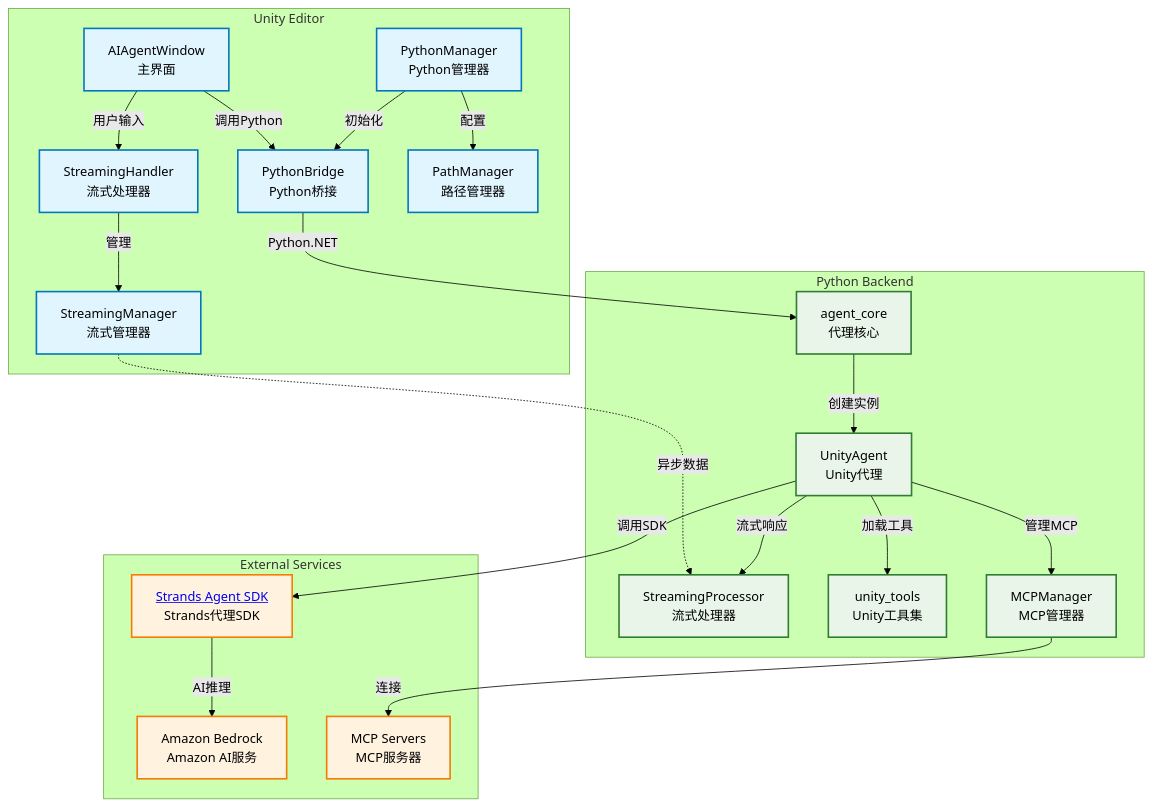
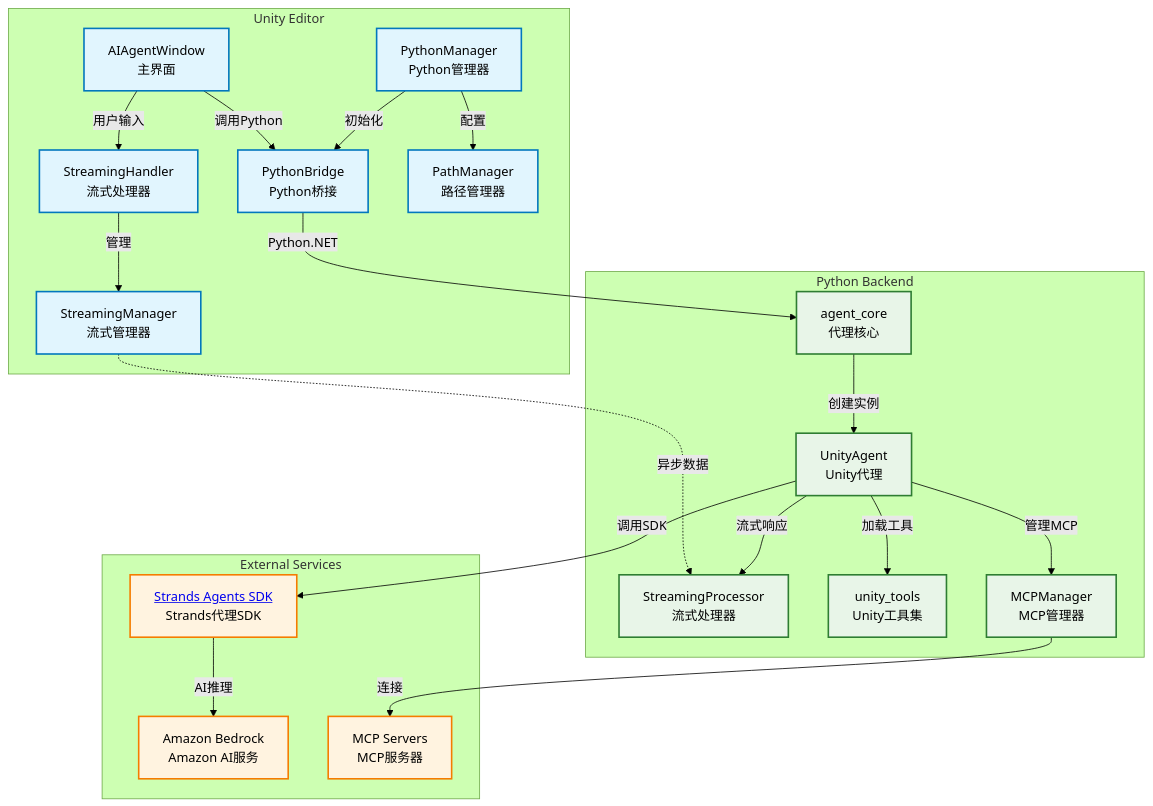
Before and after one commit to ddpie/unity-strands-agent: the first of 2 diagrams in README.md, drawn with Mermaid (forest theme). The commit also changed other lines of this file, not shown here.

First line of the commit message:
update Strands Agent SDK to Strands Agents SDK throughout README

````diff
--- a/README.md
+++ b/README.md
@@ -15,48 +15,48 @@
 ```mermaid
 graph TD
     subgraph "Unity Editor"
         UI[AIAgentWindow<br/>主界面]
         SH[StreamingHandler<br/>流式处理器]
         SM[StreamingManager<br/>流式管理器]
         PB[PythonBridge<br/>Python桥接]
         PM[PythonManager<br/>Python管理器]
         PATH[PathManager<br/>路径管理器]
     end
     
     subgraph "Python Backend"
         AC[agent_core<br/>代理核心]
         UA[UnityAgent<br/>Unity代理]
         SP[StreamingProcessor<br/>流式处理器]
         UT[unity_tools<br/>Unity工具集]
         MM[MCPManager<br/>MCP管理器]
     end
     
     subgraph "External Services"
-        SDK[<a href="https://strandsagents.com/latest/">Strands Agent SDK</a><br/>Strands代理SDK]
+        SDK[<a href="https://strandsagents.com/latest/">Strands Agents SDK</a><br/>Strands代理SDK]
         AWS[Amazon Bedrock<br/>Amazon AI服务]
         MCP[MCP Servers<br/>MCP服务器]
     end
     
     UI -->|用户输入| SH
     UI -->|调用Python| PB
     SH -->|管理| SM
     SM -.->|异步数据| SP
     PM -->|初始化| PB
     PM -->|配置| PATH
     PB -->|Python.NET| AC
     AC -->|创建实例| UA
     UA -->|流式响应| SP
     UA -->|加载工具| UT
     UA -->|管理MCP| MM
     UA -->|调用SDK| SDK
     SDK -->|AI推理| AWS
     MM -->|连接| MCP
     
     classDef unityStyle fill:#e1f5fe,stroke:#0277bd,stroke-width:2px,color:#000
     classDef pythonStyle fill:#e8f5e8,stroke:#2e7d32,stroke-width:2px,color:#000
     classDef externalStyle fill:#fff3e0,stroke:#f57c00,stroke-width:2px,color:#000
     
     class UI,SH,SM,PB,PM,PATH unityStyle
     class AC,UA,SP,UT,MM pythonStyle
     class SDK,AWS,MCP externalStyle
 ```
````
